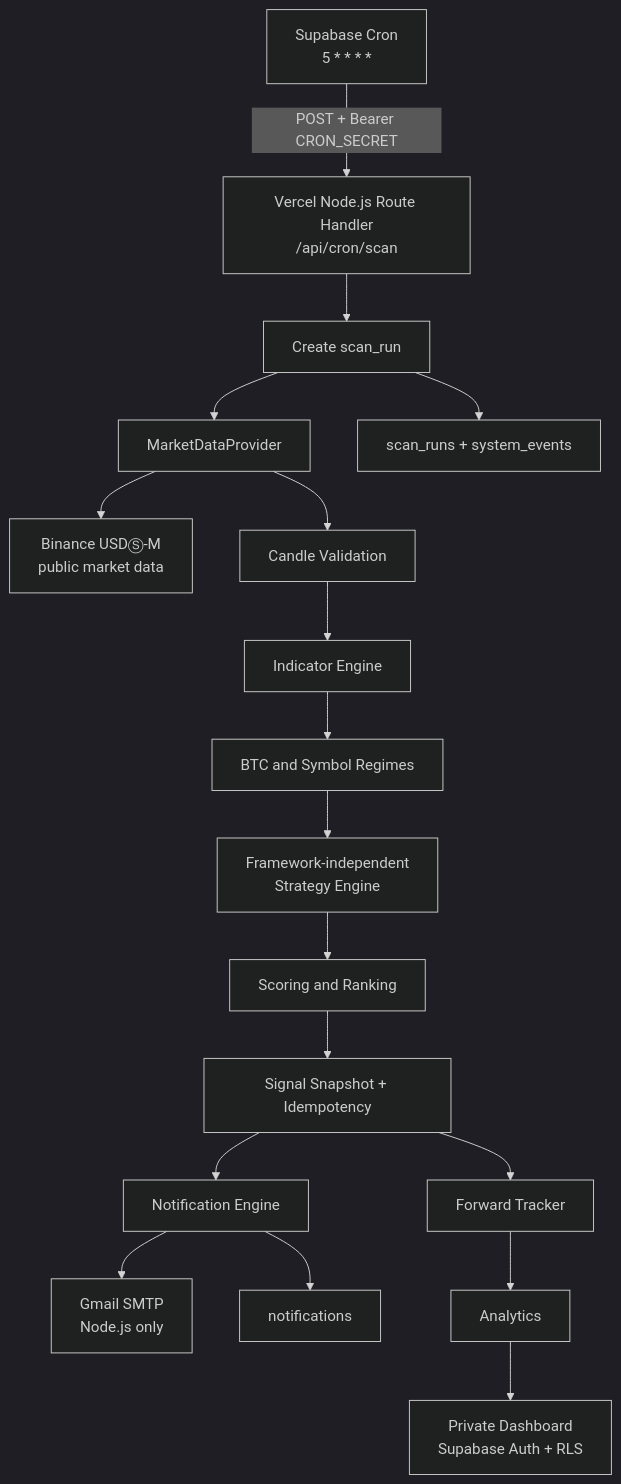
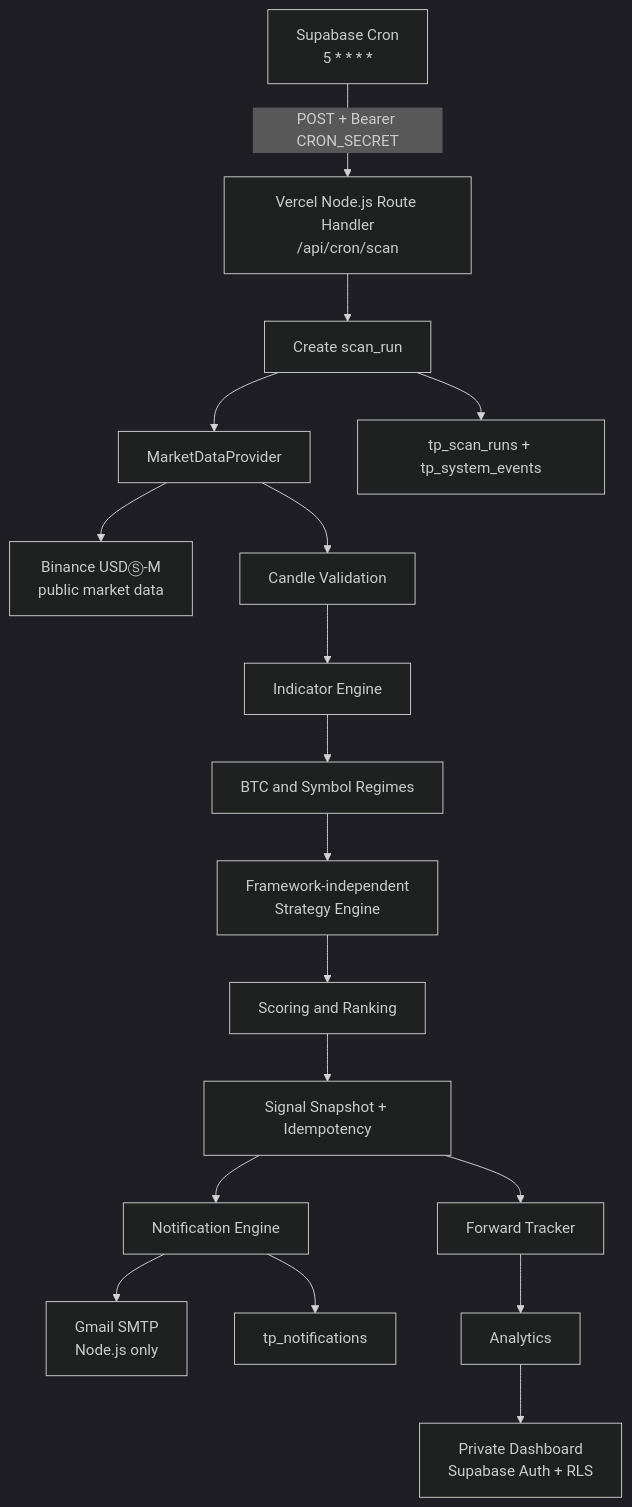
Before and after one commit to SengC-it/TradePulse: the diagram in docs/ARCHITECTURE.md, drawn with Mermaid (dark theme). The commit also changed other lines of this file and 9 other files, not shown here.

````diff
--- a/docs/ARCHITECTURE.md
+++ b/docs/ARCHITECTURE.md
@@ -9,20 +9,20 @@
 ```mermaid
 flowchart TD
     cron[Supabase Cron<br/>5 * * * *] -->|POST + Bearer CRON_SECRET| scan[Vercel Node.js Route Handler<br/>/api/cron/scan]
     scan --> run[Create scan_run]
     run --> data[MarketDataProvider]
     data --> binance[Binance USDⓈ-M<br/>public market data]
     data --> validate[Candle Validation]
     validate --> indicators[Indicator Engine]
     indicators --> regimes[BTC and Symbol Regimes]
     regimes --> strategy[Framework-independent<br/>Strategy Engine]
     strategy --> score[Scoring and Ranking]
     score --> persist[Signal Snapshot + Idempotency]
     persist --> notify[Notification Engine]
     notify --> gmail[Gmail SMTP<br/>Node.js only]
     persist --> tracker[Forward Tracker]
     tracker --> analytics[Analytics]
     analytics --> dashboard[Private Dashboard<br/>Supabase Auth + RLS]
-    run --> events[scan_runs + system_events]
-    notify --> notifications[notifications]
+    run --> events[tp_scan_runs + tp_system_events]
+    notify --> notifications[tp_notifications]
 ```
````
